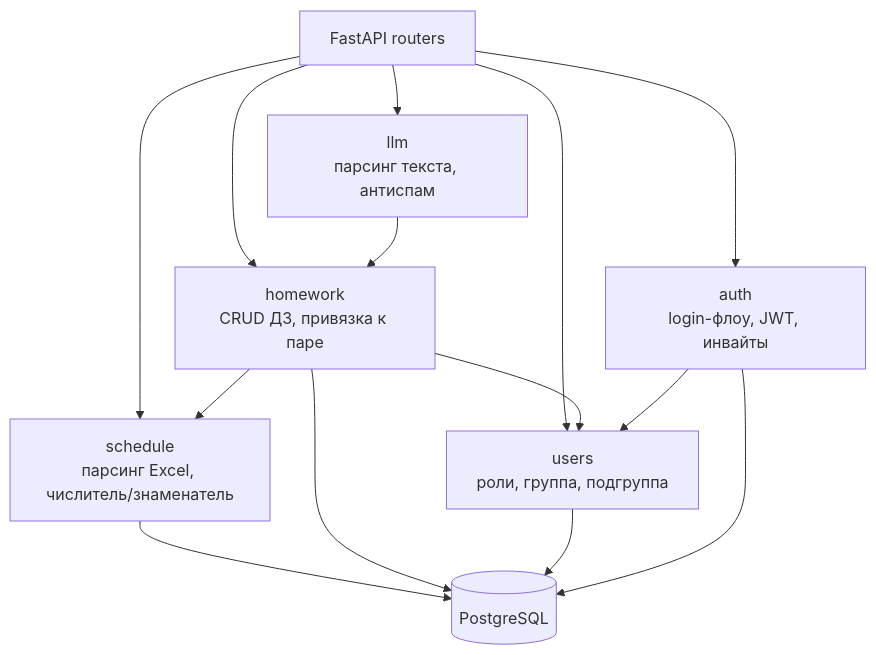
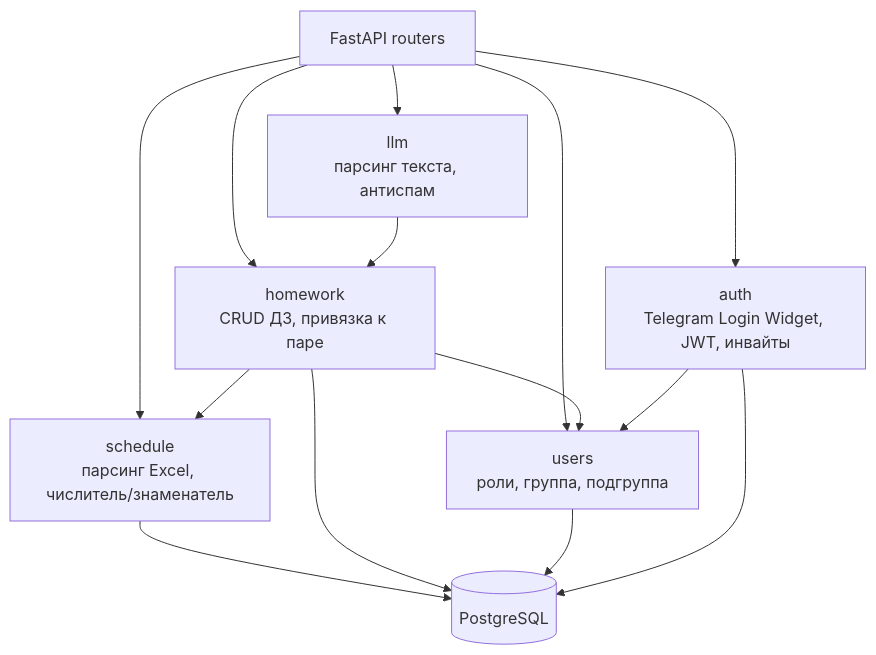
Before and after one commit to Ivansups/Zeta: the second of 6 diagrams in README.md, drawn with Mermaid. The commit also changed other lines of this file and 25 other files, not shown here.

First line of the commit message:
docs: switch web auth to Telegram Login Widget and transfer auth ownership to Klimov (#74)

````diff
--- a/README.md
+++ b/README.md
@@ -57,17 +57,17 @@
 ```mermaid
 graph TD
-    API[FastAPI routers] --> AUTH[auth<br/>login-флоу, JWT, инвайты]
+    API[FastAPI routers] --> AUTH[auth<br/>Telegram Login Widget, JWT, инвайты]
     API --> USERS[users<br/>роли, группа, подгруппа]
     API --> SCHED[schedule<br/>парсинг Excel, числитель/знаменатель]
     API --> HW[homework<br/>CRUD ДЗ, привязка к паре]
     API --> LLM[llm<br/>парсинг текста, антиспам]
 
     HW --> SCHED
     HW --> USERS
     LLM --> HW
     AUTH --> USERS
     SCHED --> DB[(PostgreSQL)]
     HW --> DB
     USERS --> DB
     AUTH --> DB
 ```
````
